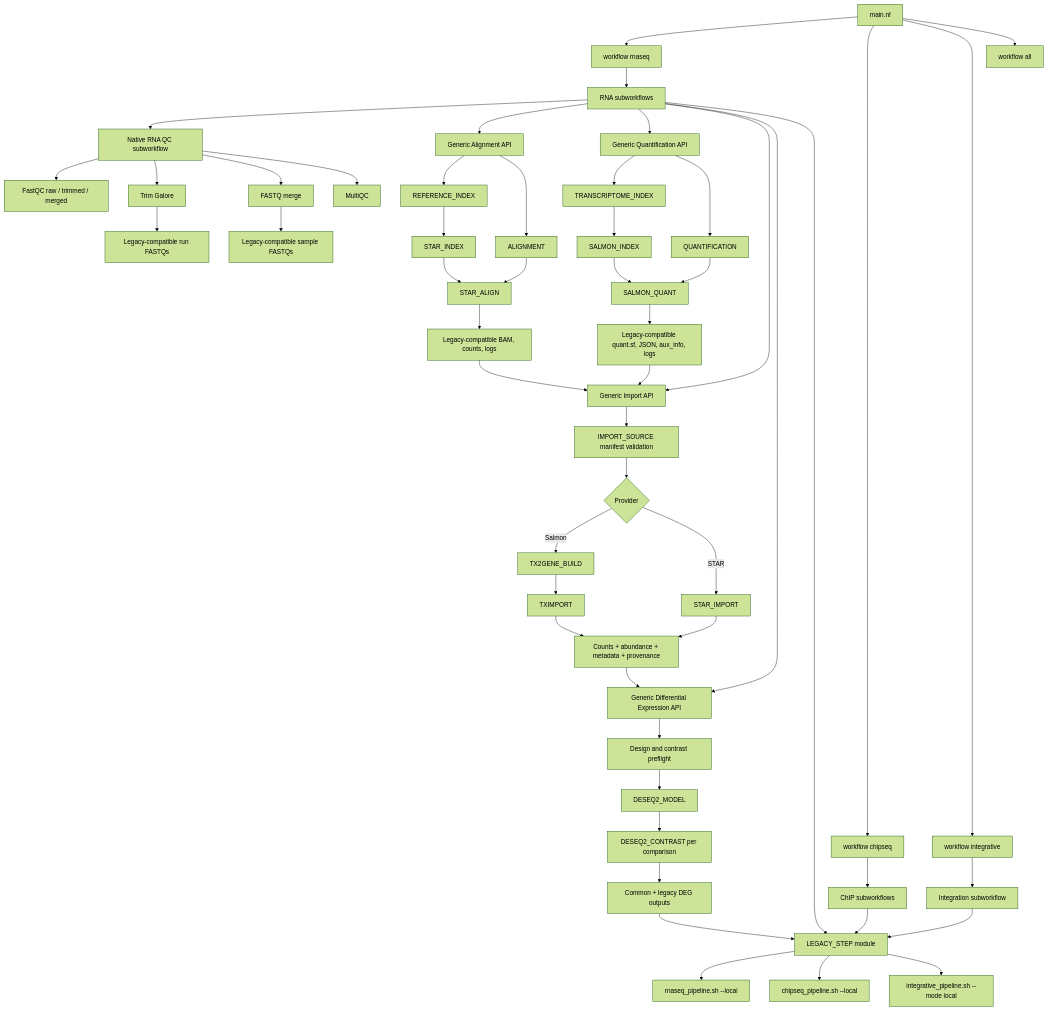
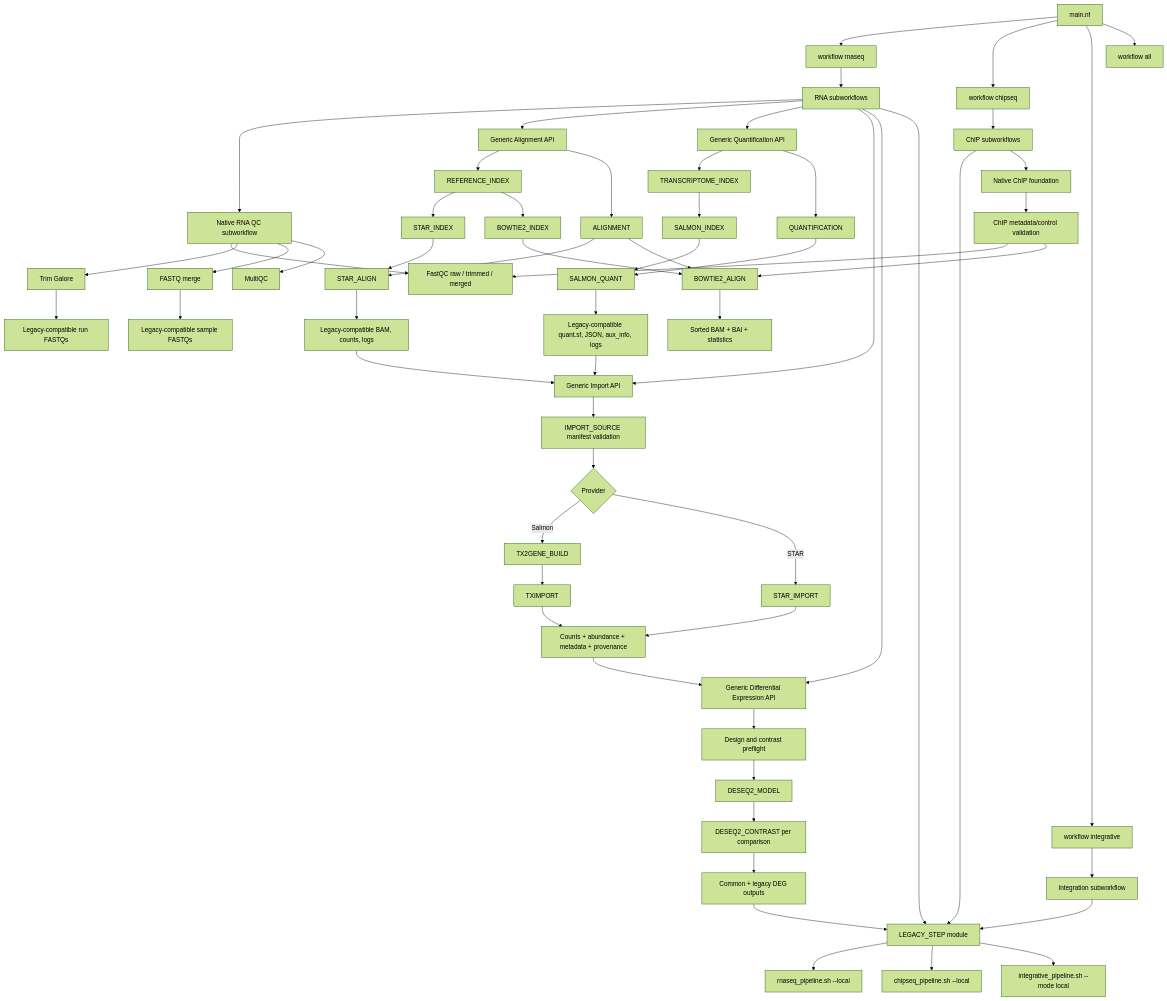
The diagram in docs/architecture.md (GMiguelAlves/HelixForge), drawn with Mermaid (forest theme) before and after one commit. The commit also changed other lines of this file and 10 other files, not shown here.

````diff
--- a/docs/architecture.md
+++ b/docs/architecture.md
@@ -3,57 +3,65 @@
 ```mermaid
 flowchart TB
     MAIN["main.nf"] --> RNA["workflow rnaseq"]
     MAIN --> CHIP["workflow chipseq"]
     MAIN --> INT["workflow integrative"]
     MAIN --> ALL["workflow all"]
 
     RNA --> RSW["RNA subworkflows"]
     CHIP --> CSW["ChIP subworkflows"]
     INT --> ISW["Integration subworkflow"]
 
     RSW --> QC["Native RNA QC subworkflow"]
     RSW --> RNAALIGN["Generic Alignment API"]
     RSW --> RNAQUANT["Generic Quantification API"]
     RSW --> RNAIMPORT["Generic Import API"]
     RSW --> RNADE["Generic Differential Expression API"]
     RSW --> WRAP["LEGACY_STEP module"]
     CSW --> WRAP
+    CSW --> CHIPNATIVE["Native ChIP foundation"]
     ISW --> WRAP
 
     WRAP --> RB["rnaseq_pipeline.sh --local"]
     WRAP --> CB["chipseq_pipeline.sh --local"]
     WRAP --> IB["integrative_pipeline.sh --mode local"]
     QC --> FASTQC["FastQC raw / trimmed / merged"]
     QC --> TRIM["Trim Galore"]
     QC --> MERGE["FASTQ merge"]
     QC --> MULTIQC["MultiQC"]
     RNAALIGN --> REFINDEX["REFERENCE_INDEX"]
     REFINDEX --> STARINDEX["STAR_INDEX"]
+    REFINDEX --> BOWTIEINDEX["BOWTIE2_INDEX"]
     RNAALIGN --> ALIGN["ALIGNMENT"]
     ALIGN --> STARALIGN["STAR_ALIGN"]
+    ALIGN --> BOWTIEALIGN["BOWTIE2_ALIGN"]
     STARINDEX --> STARALIGN
+    BOWTIEINDEX --> BOWTIEALIGN
     STARALIGN --> STAROUT["Legacy-compatible BAM, counts, logs"]
     RNAQUANT --> TRANSCRIPTINDEX["TRANSCRIPTOME_INDEX"]
     TRANSCRIPTINDEX --> SALMONINDEX["SALMON_INDEX"]
     RNAQUANT --> QUANTIFY["QUANTIFICATION"]
     QUANTIFY --> SALMONQUANT["SALMON_QUANT"]
     SALMONINDEX --> SALMONQUANT
     SALMONQUANT --> SALMONOUT["Legacy-compatible quant.sf, JSON, aux_info, logs"]
     STAROUT --> RNAIMPORT
     SALMONOUT --> RNAIMPORT
     RNAIMPORT --> SOURCE["IMPORT_SOURCE manifest validation"]
     SOURCE --> PROVIDER{"Provider"}
     PROVIDER -->|Salmon| TX2GENE["TX2GENE_BUILD"]
     TX2GENE --> TXIMPORT["TXIMPORT"]
     PROVIDER -->|STAR| STARIMPORT["STAR_IMPORT"]
     TXIMPORT --> COMMON["Counts + abundance + metadata + provenance"]
     STARIMPORT --> COMMON
     COMMON --> RNADE
     RNADE --> PREFLIGHT["Design and contrast preflight"]
     PREFLIGHT --> MODEL["DESEQ2_MODEL"]
     MODEL --> CONTRAST["DESEQ2_CONTRAST per comparison"]
     CONTRAST --> DEOUT["Common + legacy DEG outputs"]
     DEOUT --> WRAP
     TRIM --> TRIMMED["Legacy-compatible run FASTQs"]
     MERGE --> MERGED["Legacy-compatible sample FASTQs"]
+    CHIPNATIVE --> CHIPMETA["ChIP metadata/control validation"]
+    CHIPMETA --> FASTQC
+    CHIPMETA --> BOWTIEALIGN
+    BOWTIEALIGN --> CHIPBAM["Sorted BAM + BAI + statistics"]
 ```
````
